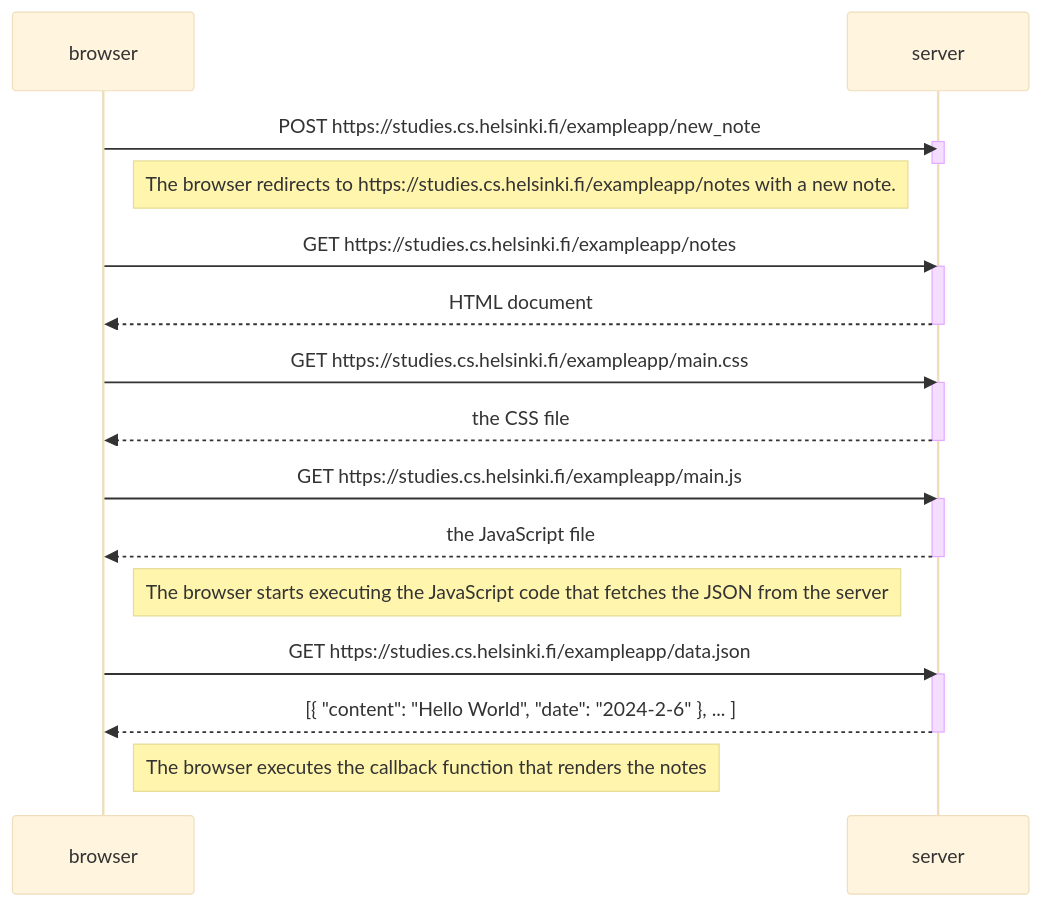
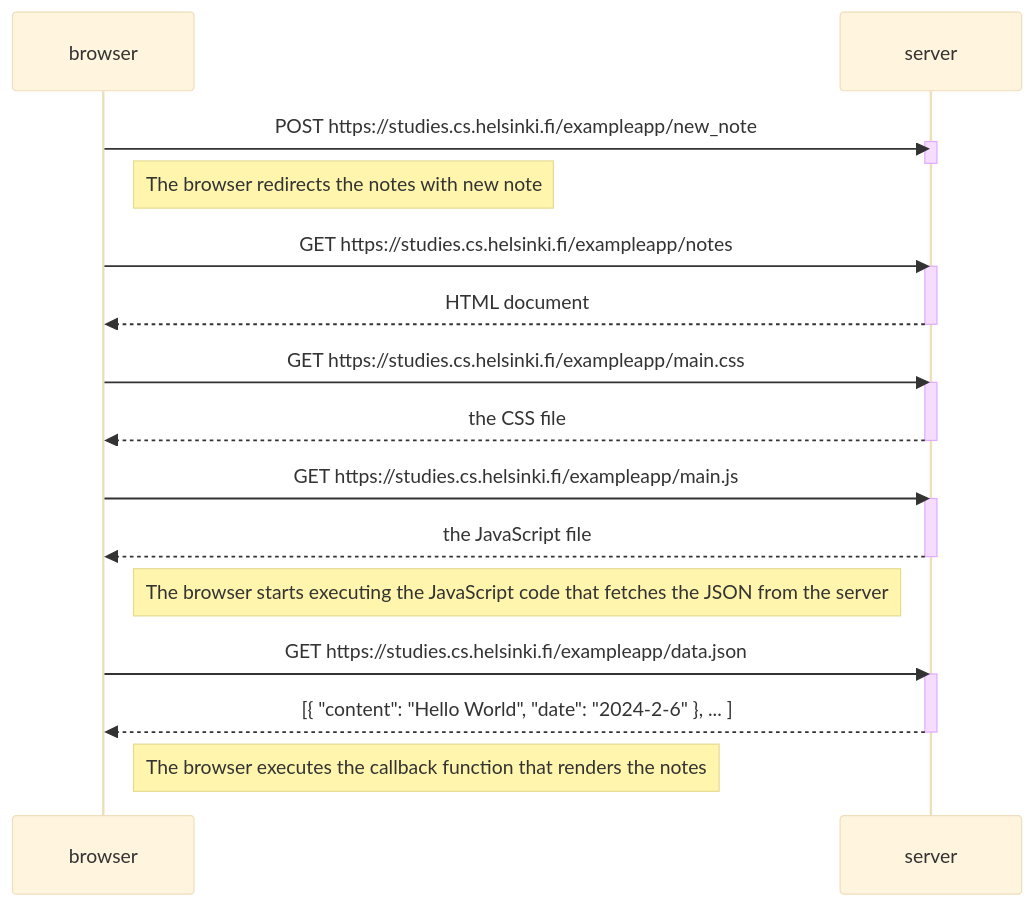
Before and after one commit to achmad-syidiq/fullstackopen2024: the diagram in part0/0.4.md, drawn with Mermaid (base theme).

Commit message:
revisi 0.4.md ke-3

````diff
--- a/part0/0.4.md
+++ b/part0/0.4.md
@@ -3,37 +3,37 @@
 ```mermaid
     sequenceDiagram
        
             participant browser
             participant server
 
             browser->>server : POST https://studies.cs.helsinki.fi/exampleapp/new_note
             activate server
             deactivate server
 
-            Note right of browser: The browser redirects to https://studies.cs.helsinki.fi/exampleapp/notes with a new note.
+            Note right of browser: The browser redirects the notes with new note
 
             
             browser->>server: GET https://studies.cs.helsinki.fi/exampleapp/notes
             activate server
             server-->>browser: HTML document
             deactivate server
 
             browser->>server: GET https://studies.cs.helsinki.fi/exampleapp/main.css
             activate server
             server-->>browser: the CSS file
             deactivate server
 
             browser->>server: GET https://studies.cs.helsinki.fi/exampleapp/main.js
             activate server
             server-->>browser: the JavaScript file
             deactivate server
 
             Note right of browser: The browser starts executing the JavaScript code that fetches the JSON from the server
 
             browser->>server: GET https://studies.cs.helsinki.fi/exampleapp/data.json
             activate server
             server-->>browser: [{ "content": "Hello World", "date": "2024-2-6" }, ... ]
             deactivate server
 
             Note right of browser: The browser executes the callback function that renders the notes
 ```
````
